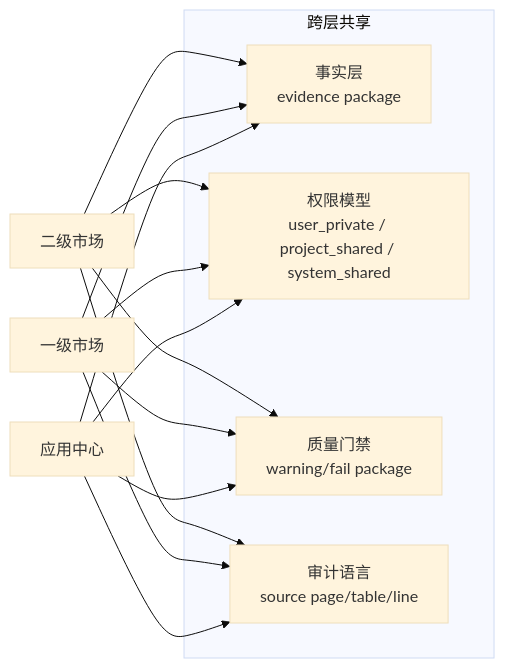
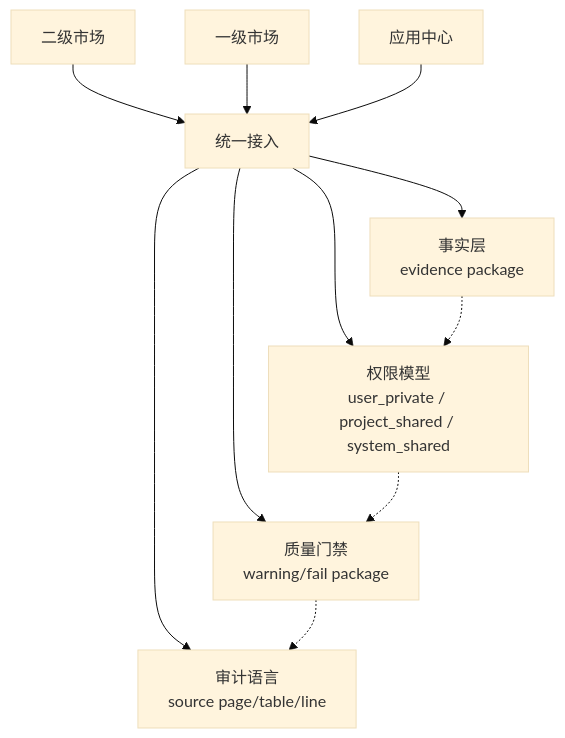
One commit to maoyadongsh/siq-research-engine changed the third of 3 diagrams in docs/site/architecture/overview.md. Above: the diagram before and after it, drawn with Mermaid (base theme).

Commit message:
docs: simplify cross-layer sharing mermaid diagram
Replace the previous LR layout (3 business clusters x 4 shared
capabilities = 12 crossing edges) with a TB star topology:

- Introduce a Hub[统一接入] convergence node, reducing 12 edges to 7
  (3 in + 4 out)
- Switch orientation from LR to TB so edges no longer cross the
  whole diagram horizontally
- Add dashed chain S1 -> S2 -> S3 -> S4 to convey that the four
  shared layers (evidence / permissions / quality gates / audit
  language) form a coherent whole

````diff
--- a/docs/site/architecture/overview.md
+++ b/docs/site/architecture/overview.md
@@ -163,23 +163,19 @@
 ```mermaid
-graph LR
-    subgraph Shared["跨层共享"]
-        S1[事实层<br/>evidence package]
-        S2[权限模型<br/>user_private / project_shared / system_shared]
-        S3[质量门禁<br/>warning/fail package]
-        S4[审计语言<br/>source page/table/line]
-    end
+graph TB
+    P1[二级市场]
+    P2[一级市场]
+    P3[应用中心]
 
-    P1[二级市场] --> S1
-    P1 --> S2
-    P1 --> S3
-    P1 --> S4
-    P2[一级市场] --> S1
-    P2 --> S2
-    P2 --> S3
-    P2 --> S4
-    P3[应用中心] --> S1
-    P3 --> S2
-    P3 --> S3
-    P3 --> S4
+    P1 --> Hub[统一接入]
+    P2 --> Hub
+    P3 --> Hub
 
+    Hub --> S1[事实层<br/>evidence package]
+    Hub --> S2[权限模型<br/>user_private / project_shared / system_shared]
+    Hub --> S3[质量门禁<br/>warning/fail package]
+    Hub --> S4[审计语言<br/>source page/table/line]
+
+    S1 -.-> S2
+    S2 -.-> S3
+    S3 -.-> S4
 ```
````
